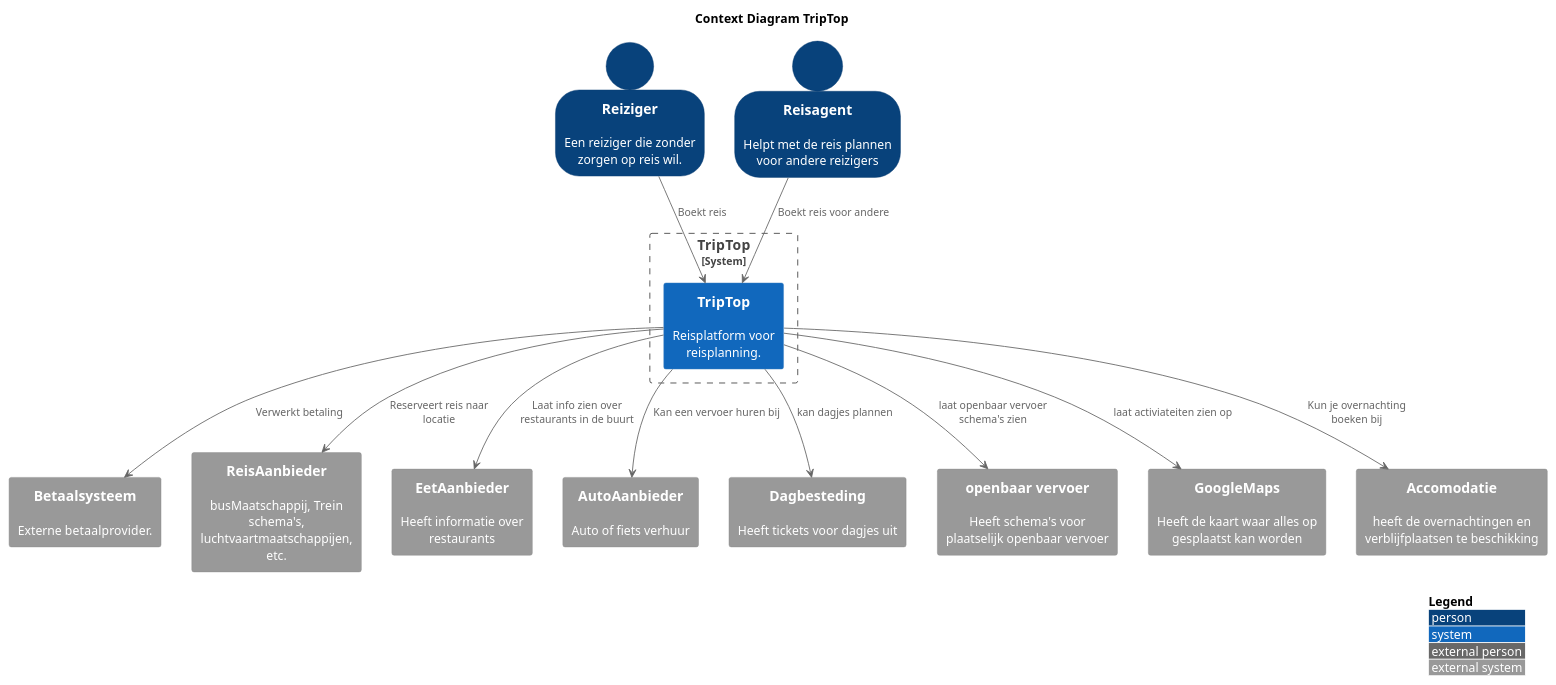
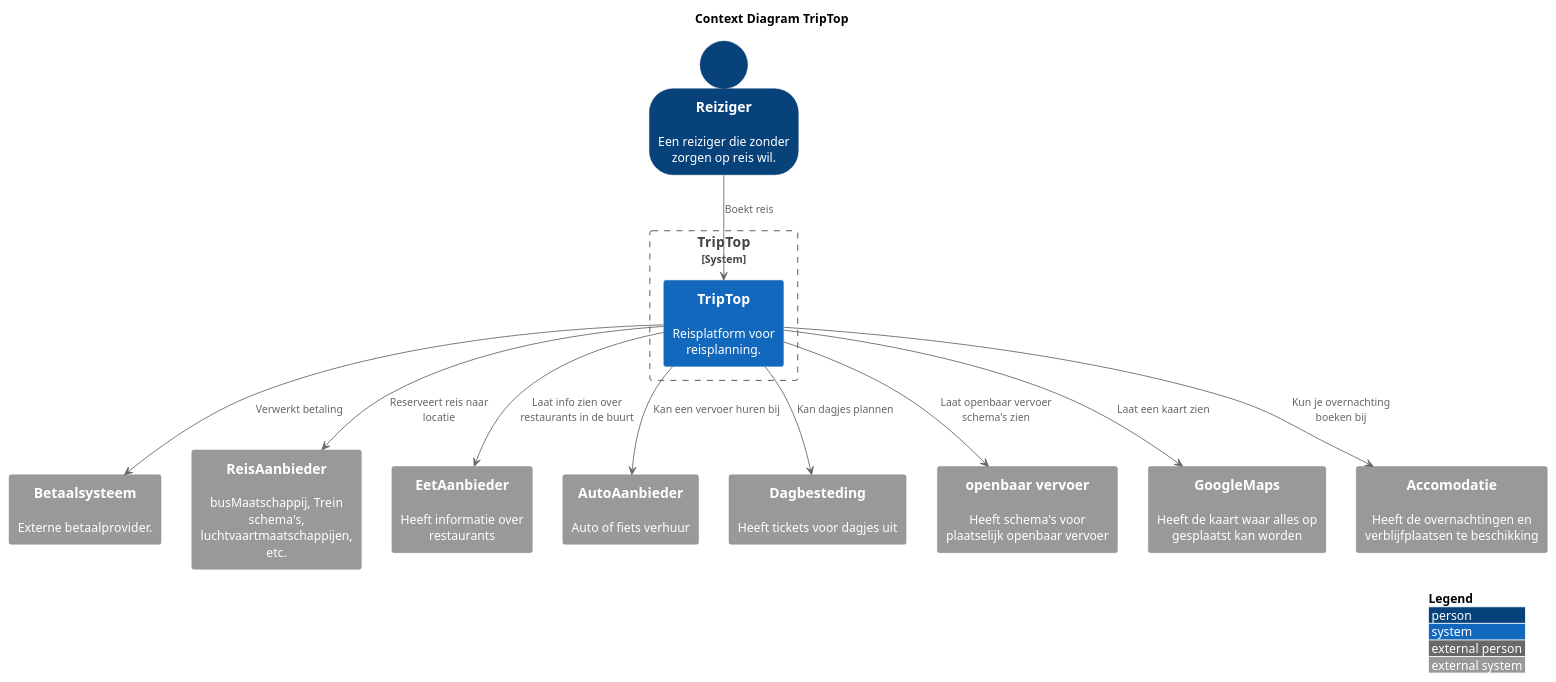
One commit to AIM-ENE-feb25/triptop-jrn changed the diagram in opdracht-diagrammen/ContextDiagram.puml. Above: the diagram before and after it, drawn with PlantUML. The commit also changed 13 other files, not shown here.

```diff
--- a/opdracht-diagrammen/ContextDiagram.puml
+++ b/opdracht-diagrammen/ContextDiagram.puml
@@ -1,38 +1,34 @@
 @startuml
 !include https://raw.githubusercontent.com/plantuml-stdlib/C4-PlantUML/master/C4_Context.puml
-
 
 title Context Diagram TripTop
 
 LAYOUT_WITH_LEGEND()
 
 SHOW_PERSON_OUTLINE()
 Person(Reiziger, "Reiziger", "Een reiziger die zonder zorgen op reis wil.")
-Person(Reisagent, "Reisagent", "Helpt met de reis plannen voor andere reizigers")
 
 System_Boundary(triptop_core, "TripTop") {
     System(triptop, "TripTop", "Reisplatform voor reisplanning.")
 }
 
 System_Ext(betaalsysteem, "Betaalsysteem", "Externe betaalprovider.")
 System_Ext(reisAanbieder, "ReisAanbieder", "busMaatschappij, Trein schema's, luchtvaartmaatschappijen, etc.")
 System_Ext(etenAanbieder, "EetAanbieder", "Heeft informatie over restaurants")
 System_Ext(AutoAanbieder, "AutoAanbieder", "Auto of fiets verhuur")
 System_Ext(Dagbesteding, "Dagbesteding", "Heeft tickets voor dagjes uit")
 System_Ext(ov, "openbaar vervoer", "Heeft schema's voor plaatselijk openbaar vervoer")
-System_Ext(GoogleMaps, "GoogleMaps", Heeft de kaart waar alles op gesplaatst kan worden)
-System_Ext(Acomodatie, "Accomodatie", heeft de overnachtingen en verblijfplaatsen te beschikking)
+System_Ext(GoogleMaps, "GoogleMaps", "Heeft de kaart waar alles op gesplaatst kan worden")
+System_Ext(Acomodatie, "Accomodatie", "Heeft de overnachtingen en verblijfplaatsen te beschikking")
 
 Reiziger --> triptop : Boekt reis
-Reisagent --> triptop : Boekt reis voor andere
-
 
 triptop --> betaalsysteem : Verwerkt betaling
 triptop --> reisAanbieder : Reserveert reis naar locatie
 triptop --> etenAanbieder : Laat info zien over restaurants in de buurt
 triptop --> AutoAanbieder : Kan een vervoer huren bij
-triptop --> Dagbesteding : kan dagjes plannen
-triptop --> GoogleMaps : laat activiateiten zien op
+triptop --> Dagbesteding : Kan dagjes plannen
+triptop --> GoogleMaps : Laat een kaart zien
 triptop --> Acomodatie : Kun je overnachting boeken bij
-triptop --> ov : laat openbaar vervoer schema's zien
+triptop --> ov : Laat openbaar vervoer schema's zien
 @enduml
```
